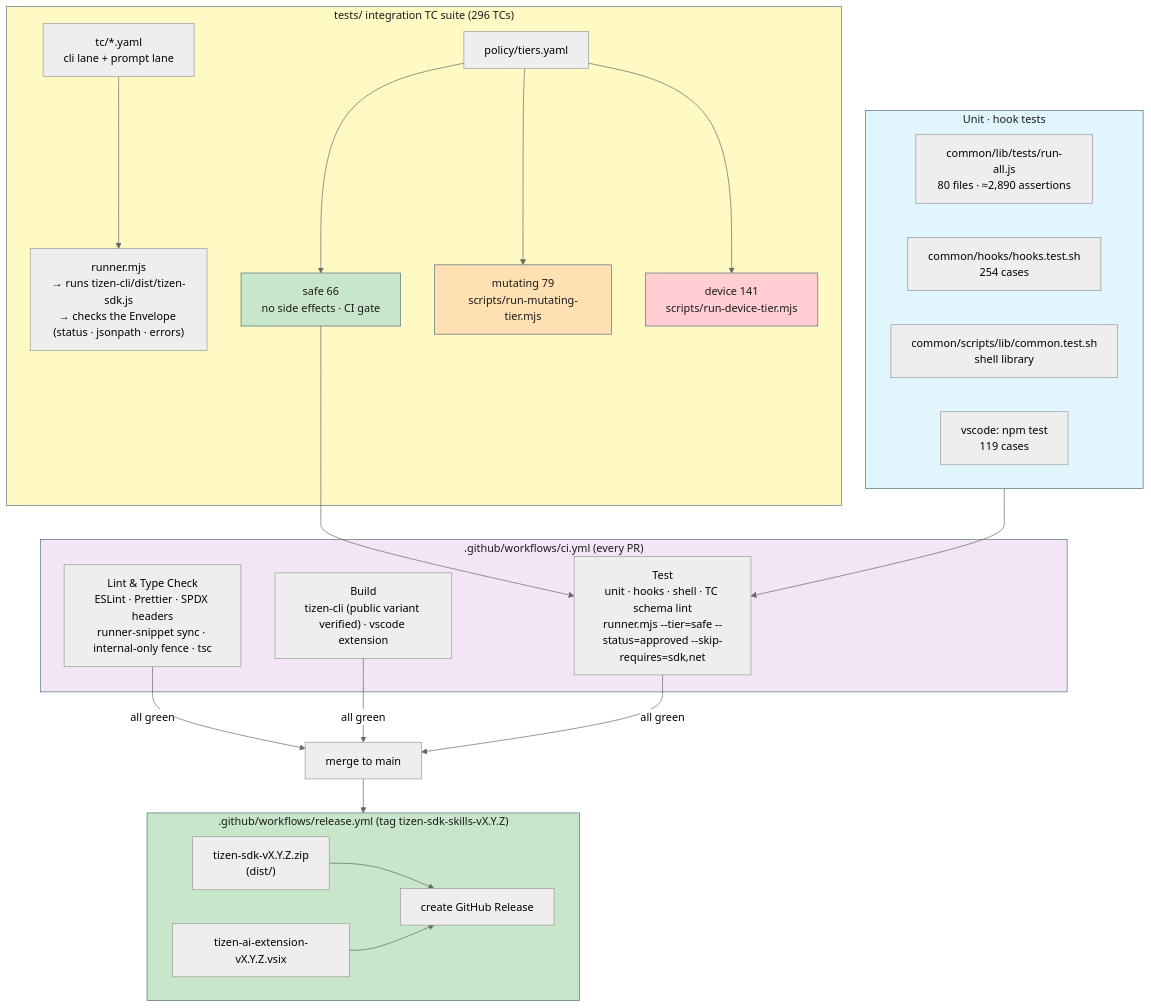
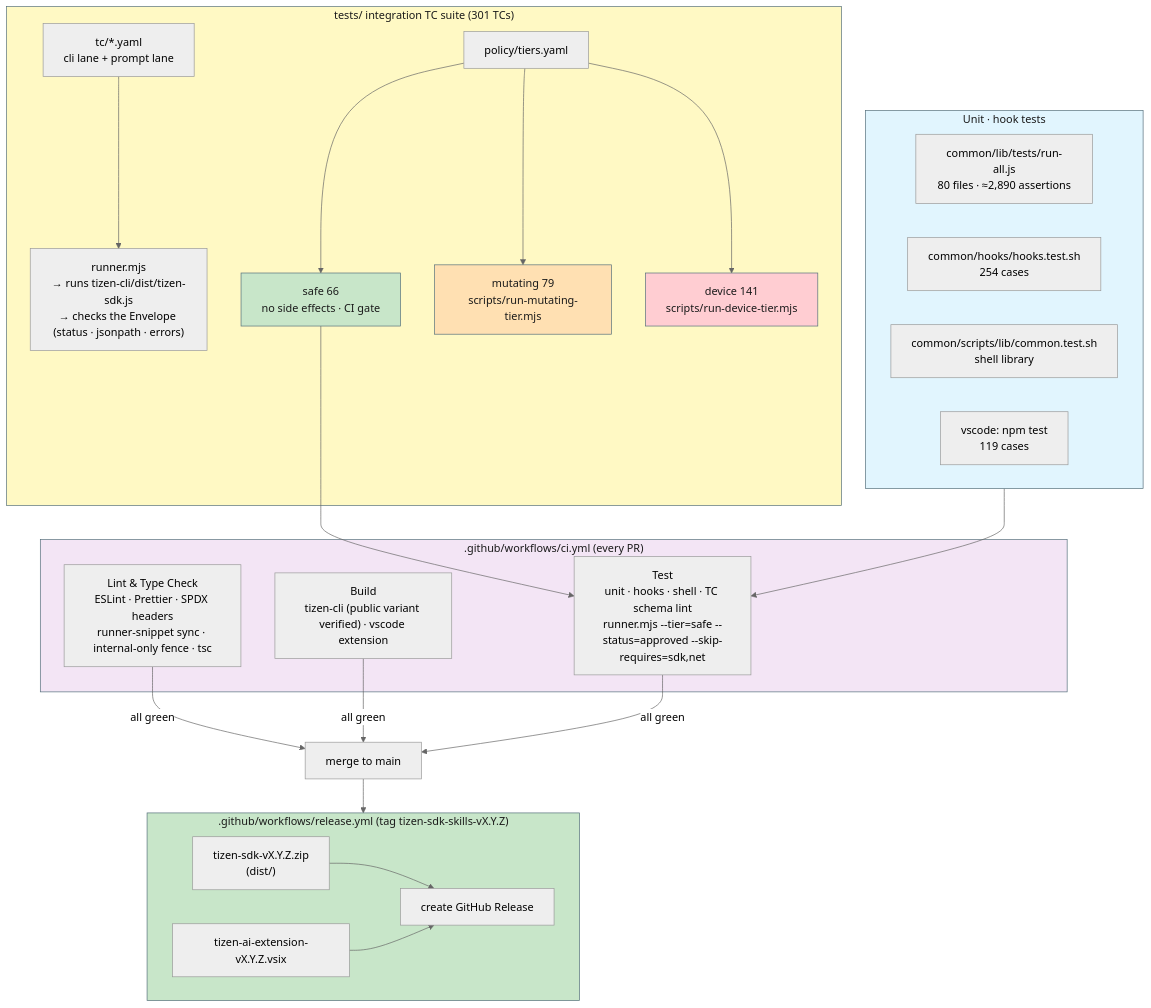
One commit to Samsung/tizen-agent-skills changed the tenth of 10 diagrams in tizen-sdk-skills/docs/ARCHITECTURE_DIAGRAMS.en.md. Above: the diagram before and after it, drawn with Mermaid (neutral theme). The commit also changed other lines of this file and 12 other files, not shown here.

````diff
--- a/tizen-sdk-skills/docs/ARCHITECTURE_DIAGRAMS.en.md
+++ b/tizen-sdk-skills/docs/ARCHITECTURE_DIAGRAMS.en.md
@@ -449,45 +449,45 @@
 ```mermaid
 graph TB
     subgraph UNIT["Unit · hook tests"]
         UT["common/lib/tests/run-all.js<br/>80 files · ≈2,890 assertions"]
         HT["common/hooks/hooks.test.sh<br/>254 cases"]
         SLT["common/scripts/lib/common.test.sh<br/>shell library"]
         VT["vscode: npm test<br/>119 cases"]
     end
 
-    subgraph SUITE["tests/ integration TC suite (296 TCs)"]
+    subgraph SUITE["tests/ integration TC suite (301 TCs)"]
         TC["tc/*.yaml<br/>cli lane + prompt lane"]
         RUNNER["runner.mjs<br/>→ runs tizen-cli/dist/tizen-sdk.js<br/>→ checks the Envelope (status · jsonpath · errors)"]
         TIERS["policy/tiers.yaml"]
         SAFE["safe 66<br/>no side effects · CI gate"]
         MUT["mutating 79<br/>scripts/run-mutating-tier.mjs"]
         DEV["device 141<br/>scripts/run-device-tier.mjs"]
         TC --> RUNNER
         TIERS --> SAFE & MUT & DEV
     end
 
     subgraph CI[".github/workflows/ci.yml (every PR)"]
         J1["Lint & Type Check<br/>ESLint · Prettier · SPDX headers<br/>runner-snippet sync · internal-only fence · tsc"]
         J2["Build<br/>tizen-cli (public variant verified) · vscode extension"]
         J3["Test<br/>unit · hooks · shell · TC schema lint<br/>runner.mjs --tier=safe --status=approved --skip-requires=sdk,net"]
     end
 
     subgraph REL[".github/workflows/release.yml (tag tizen-sdk-skills-vX.Y.Z)"]
         R1["tizen-sdk-vX.Y.Z.zip<br/>(dist/)"]
         R2["tizen-ai-extension-vX.Y.Z.vsix"]
         R3["create GitHub Release"]
         R1 & R2 --> R3
     end
 
     UNIT --> J3
     SAFE --> J3
     J1 & J2 & J3 -->|"all green"| MERGE["merge to main"] --> REL
 
     style UNIT fill:#e1f5fe,stroke:#546e7a,color:#1a1a1a
     style SUITE fill:#fff9c4,stroke:#546e7a,color:#1a1a1a
     style SAFE fill:#c8e6c9,stroke:#546e7a,color:#1a1a1a
     style MUT fill:#ffe0b2,stroke:#546e7a,color:#1a1a1a
     style DEV fill:#ffcdd2,stroke:#546e7a,color:#1a1a1a
     style CI fill:#f3e5f5,stroke:#546e7a,color:#1a1a1a
     style REL fill:#c8e6c9,stroke:#546e7a,color:#1a1a1a
 ```
````
